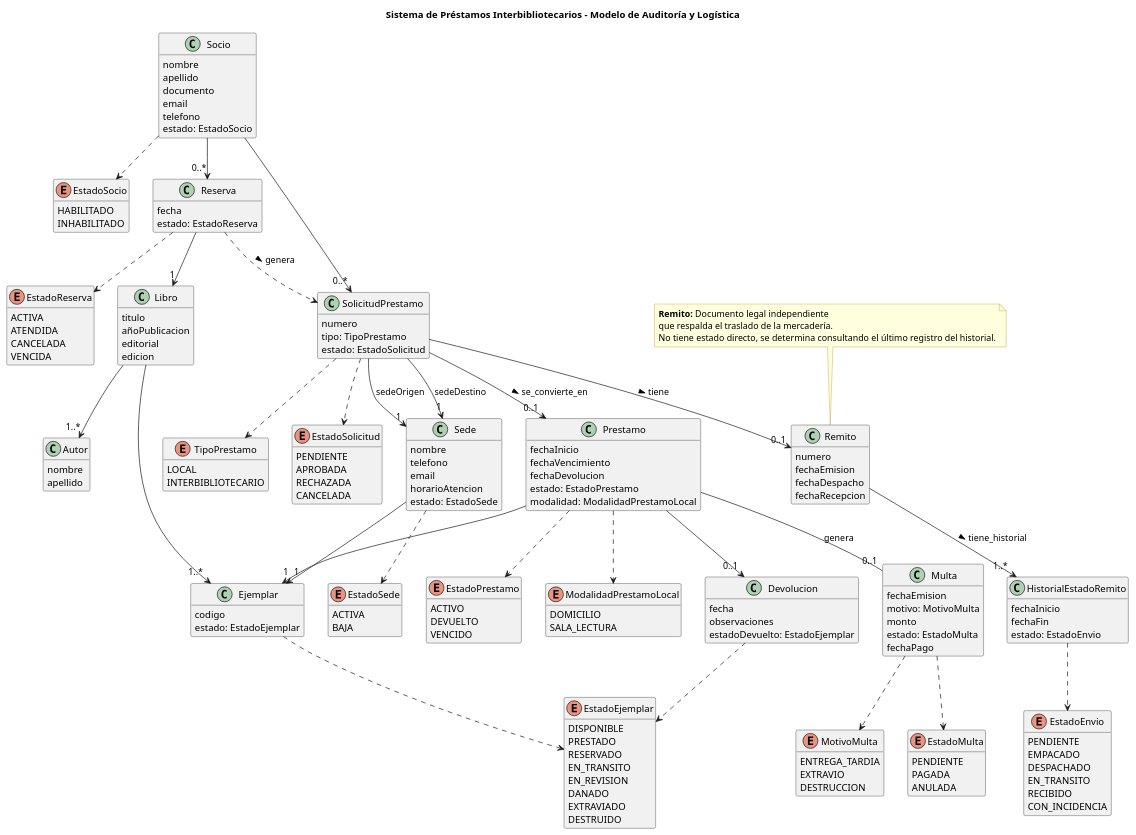
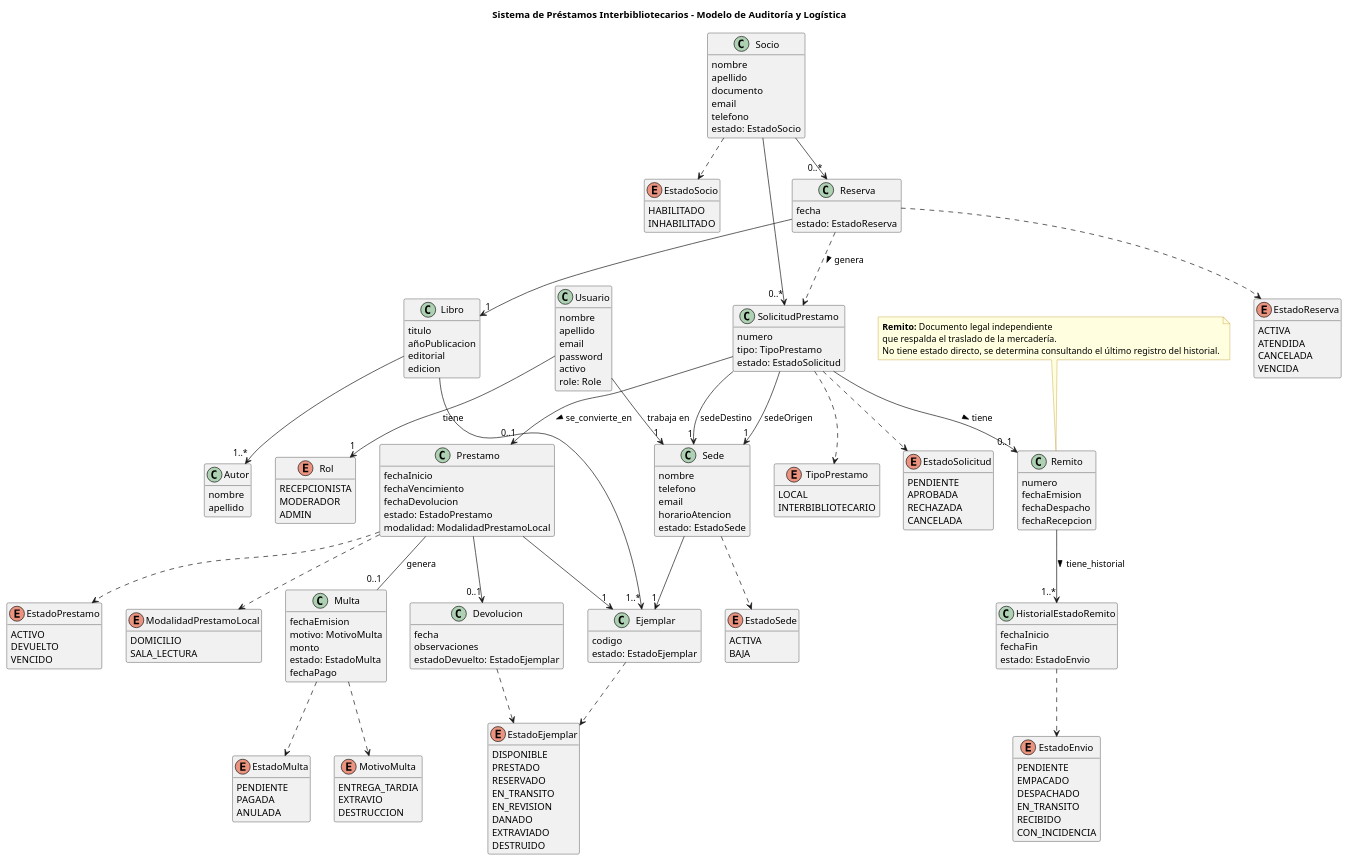
Before and after one commit to anadruetta29/tpi-dao-2026: the diagram in documentation/domain-class.puml, drawn with PlantUML.

Commit message:
add: users

```diff
--- a/documentation/domain-class.puml
+++ b/documentation/domain-class.puml
@@ -9,6 +9,12 @@
 ' =========================
 ' ENUMS
 ' =========================
+
+enum Rol {
+    RECEPCIONISTA
+    MODERADOR
+    ADMIN
+}
 
 enum EstadoSocio {
     HABILITADO
@@ -154,7 +160,7 @@
     fechaPago
 }
 
-' --- CLASES DE LOGÍSTICA REESTRUCTURADAS ---
+' --- CLASES DE LOGÍSTICA  ---
 
 class Remito {
     numero 
@@ -167,6 +173,16 @@
     fechaInicio
     fechaFin
     estado: EstadoEnvio
+}
+
+' --- CLASES DE USUARIO ---
+class Usuario {
+    nombre
+    apellido
+    email
+    password
+    activo
+    role: Role
 }
 
 ' =========================
@@ -214,6 +230,11 @@
 Multa ..> MotivoMulta
 Multa ..> EstadoMulta
 
+' 8. Usuarios
+Usuario --> "1" Rol : tiene
+Usuario --> "1" Sede : trabaja en
+
+
 ' =========================
 ' NOTAS
 ' =========================
```
